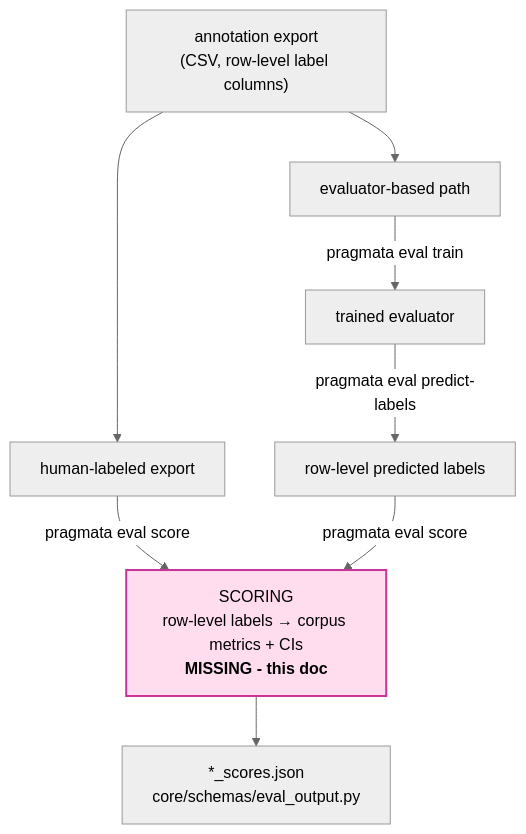
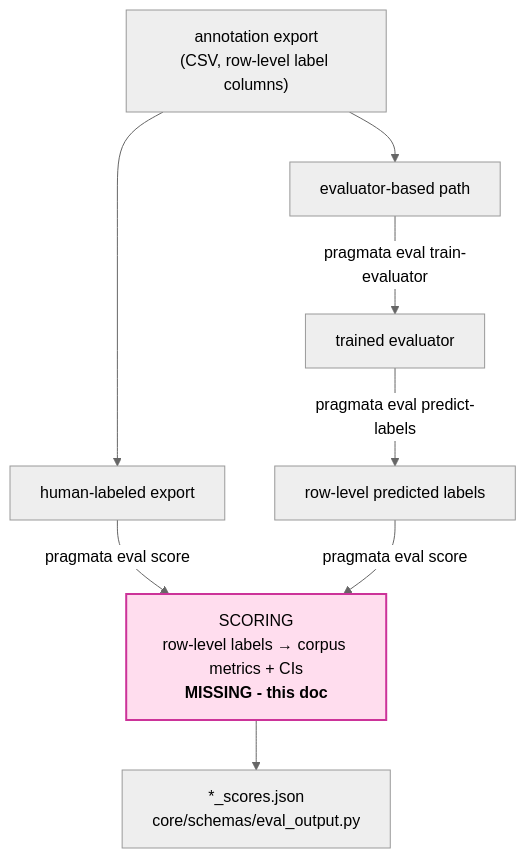
Before and after one commit to bertelsmannstift/pragmata: the first of 2 diagrams in docs/design/eval-scoring-metrics.md, drawn with Mermaid (neutral theme).

Commit message:
docs(eval): use the real train-evaluator command name

````diff
--- a/docs/design/eval-scoring-metrics.md
+++ b/docs/design/eval-scoring-metrics.md
@@ -16,14 +16,14 @@
 ```mermaid
 flowchart TD
     export["annotation export<br/>(CSV, row-level label columns)"]
     export --> human["human-labeled export"]
     export --> evalpath["evaluator-based path"]
-    evalpath -->|"pragmata eval train"| trained["trained evaluator"]
+    evalpath -->|"pragmata eval train-evaluator"| trained["trained evaluator"]
     trained -->|"pragmata eval predict-labels"| predicted["row-level predicted labels"]
     human -->|"pragmata eval score"| score
     predicted -->|"pragmata eval score"| score["SCORING<br/>row-level labels → corpus metrics + CIs<br/><b>MISSING - this doc</b>"]
     score --> out["*_scores.json<br/>core/schemas/eval_output.py"]
 
     classDef missing fill:#fde,stroke:#c39,stroke-width:2px;
     class score missing;
 ```
````
